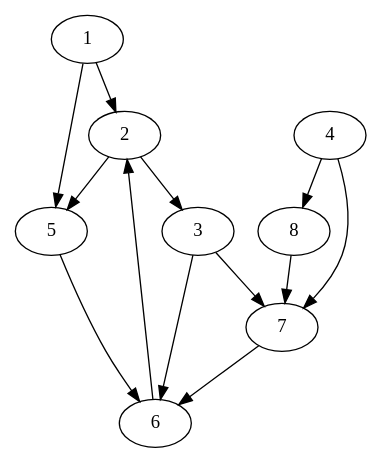
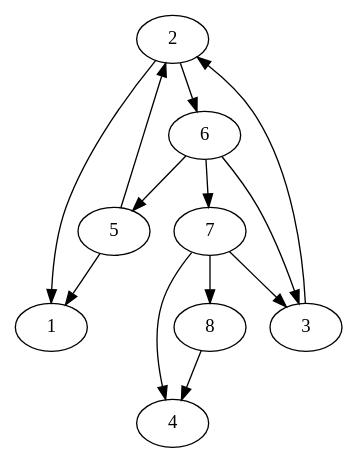
One commit to ZeCroque/study-uppa changed the diagram in L3/S1/Graphes/TP1/orig.dot. Above: the diagram before and after it, drawn with Graphviz. The commit also changed 7 other files, not shown here.

```diff
--- a/L3/S1/Graphes/TP1/orig.dot
+++ b/L3/S1/Graphes/TP1/orig.dot
@@ -1,14 +1,14 @@
 digraph graphe {
-	1 -> 2;
-	6 -> 2;
-	2 -> 3;
-	1 -> 5;
-	2 -> 5;
-	3 -> 6;
-	5 -> 6;
-	7 -> 6;
-	3 -> 7;
-	4 -> 7;
-	8 -> 7;
-	4 -> 8;
+	2 -> 1;
+	5 -> 1;
+	3 -> 2;
+	5 -> 2;
+	6 -> 3;
+	7 -> 3;
+	7 -> 4;
+	8 -> 4;
+	6 -> 5;
+	2 -> 6;
+	6 -> 7;
+	7 -> 8;
 }
```
